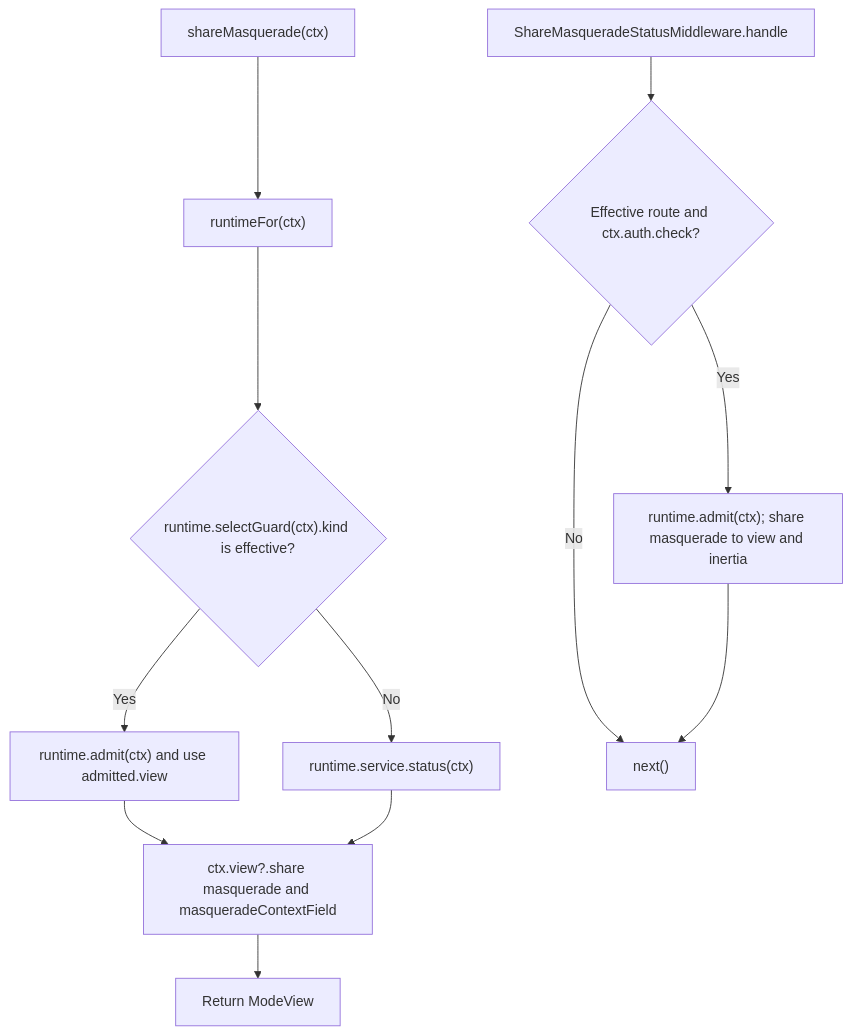
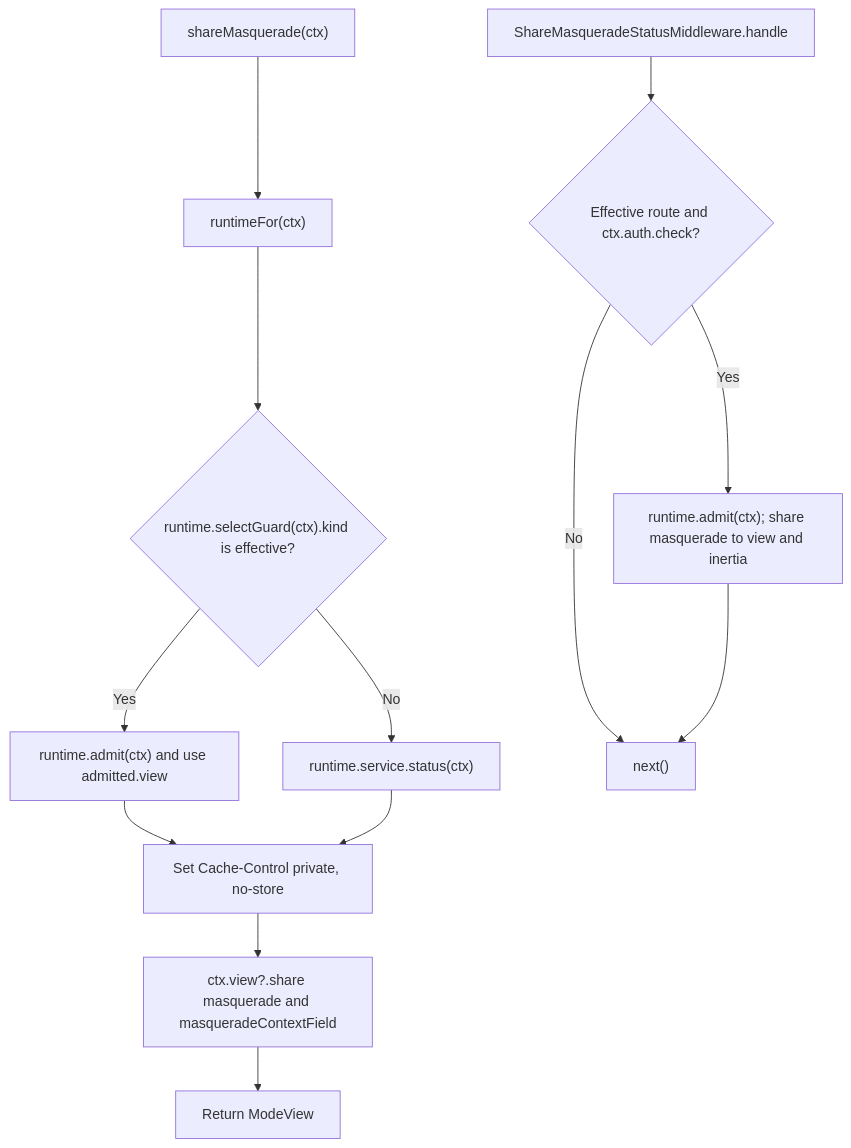
The second of 2 diagrams in user-stories/submit-context-token/us-context-02-share-edge-context.md (Kevinjohn/oss-adonisjs-masquerade), drawn with Mermaid before and after one commit. The commit also changed 26 other files, not shown here.

````diff
--- a/user-stories/submit-context-token/us-context-02-share-edge-context.md
+++ b/user-stories/submit-context-token/us-context-02-share-edge-context.md
@@ -38,14 +38,15 @@
 ```mermaid
 flowchart TD
     A["shareMasquerade(ctx)"] --> B["runtimeFor(ctx)"]
     B --> C{"runtime.selectGuard(ctx).kind is effective?"}
     C -->|Yes| D["runtime.admit(ctx) and use admitted.view"]
     C -->|No| E["runtime.service.status(ctx)"]
-    D --> F["ctx.view?.share masquerade and masqueradeContextField"]
-    E --> F
+    D --> P["Set Cache-Control private, no-store"]
+    E --> P
+    P --> F["ctx.view?.share masquerade and masqueradeContextField"]
     F --> G["Return ModeView"]
     H["ShareMasqueradeStatusMiddleware.handle"] --> I{"Effective route and ctx.auth.check?"}
     I -->|No| J["next()"]
     I -->|Yes| K["runtime.admit(ctx); share masquerade to view and inertia"]
     K --> J
 ```
````
